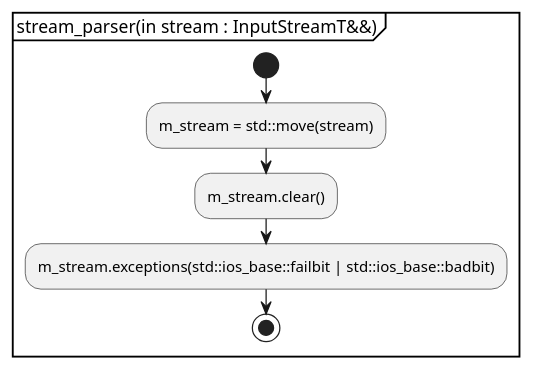
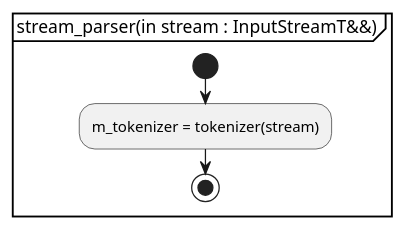
One commit to KodaiYM/PDFReader changed the first of 18 diagrams in document/stream_parser.activity.pu. Above: the diagram before and after it, drawn with PlantUML. The commit also changed other lines of this file and 10 other files, not shown here.

```diff
--- a/document/stream_parser.activity.pu
+++ b/document/stream_parser.activity.pu
@@ -1,9 +1,7 @@
 @startuml stream_parser
 partition "stream_parser(in stream : InputStreamT&&)" {
 start
-	:m_stream = std::move(stream);
-	:m_stream.clear();
-	:m_stream.exceptions(std::ios_base::failbit | std::ios_base::badbit);
+	:m_tokenizer = tokenizer(stream);
 stop
 }
 @enduml
```
